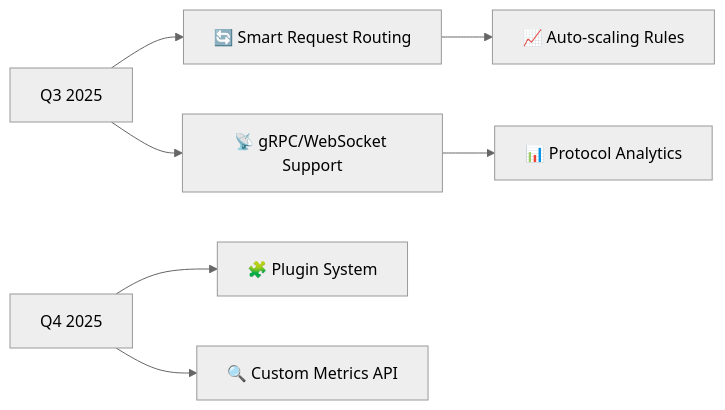
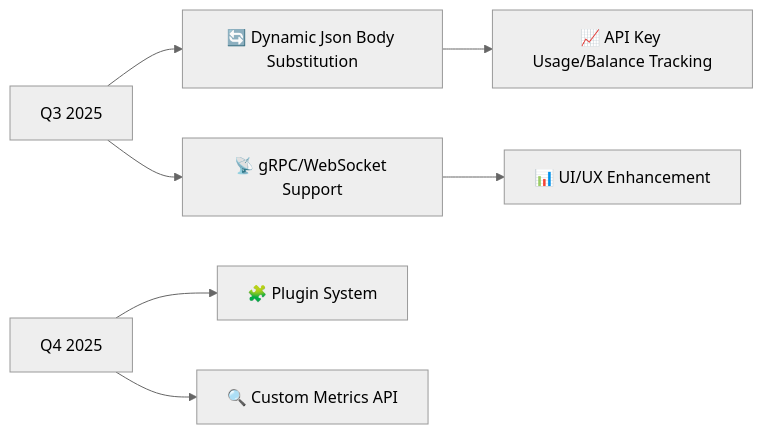
The second of 2 diagrams in README.md (Nya-Foundation/NyaProxy), drawn with Mermaid (neutral theme) before and after one commit. The commit also changed other lines of this file and 15 other files, not shown here.

````diff
--- a/README.md
+++ b/README.md
@@ -230,9 +231,9 @@
 ```mermaid
 graph LR
-A[Q3 2025] --> B[🔄 Smart Request Routing]
+A[Q3 2025] --> B[🔄 Dynamic Json Body Substitution ]
 A --> C[📡 gRPC/WebSocket Support]
-B --> D[📈 Auto-scaling Rules]
-C --> E[📊 Protocol Analytics]
+B --> D[📈 API Key Usage/Balance Tracking]
+C --> E[📊 UI/UX Enhancement ]
 F[Q4 2025] --> G[🧩 Plugin System]
 F --> H[🔍 Custom Metrics API]
 ```
````
